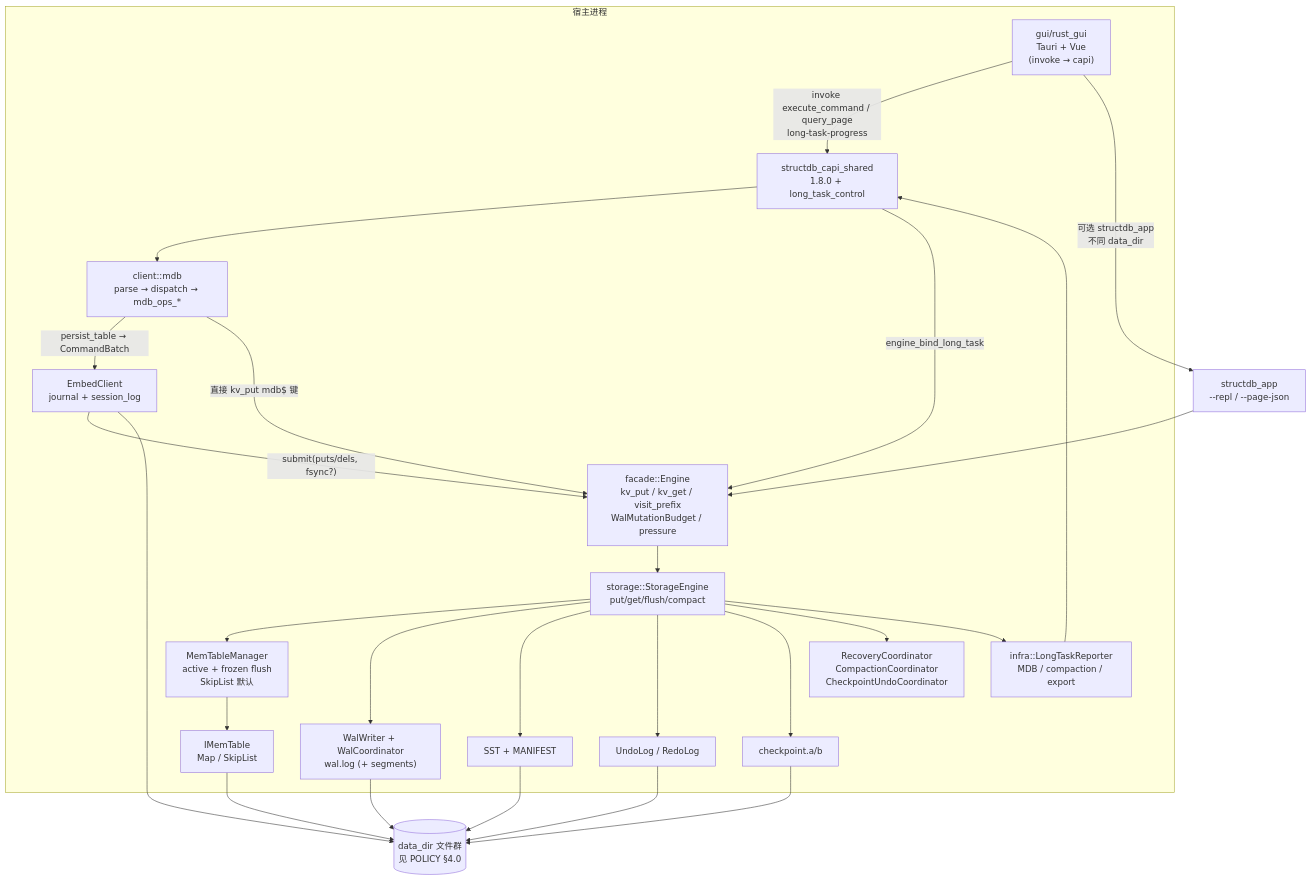
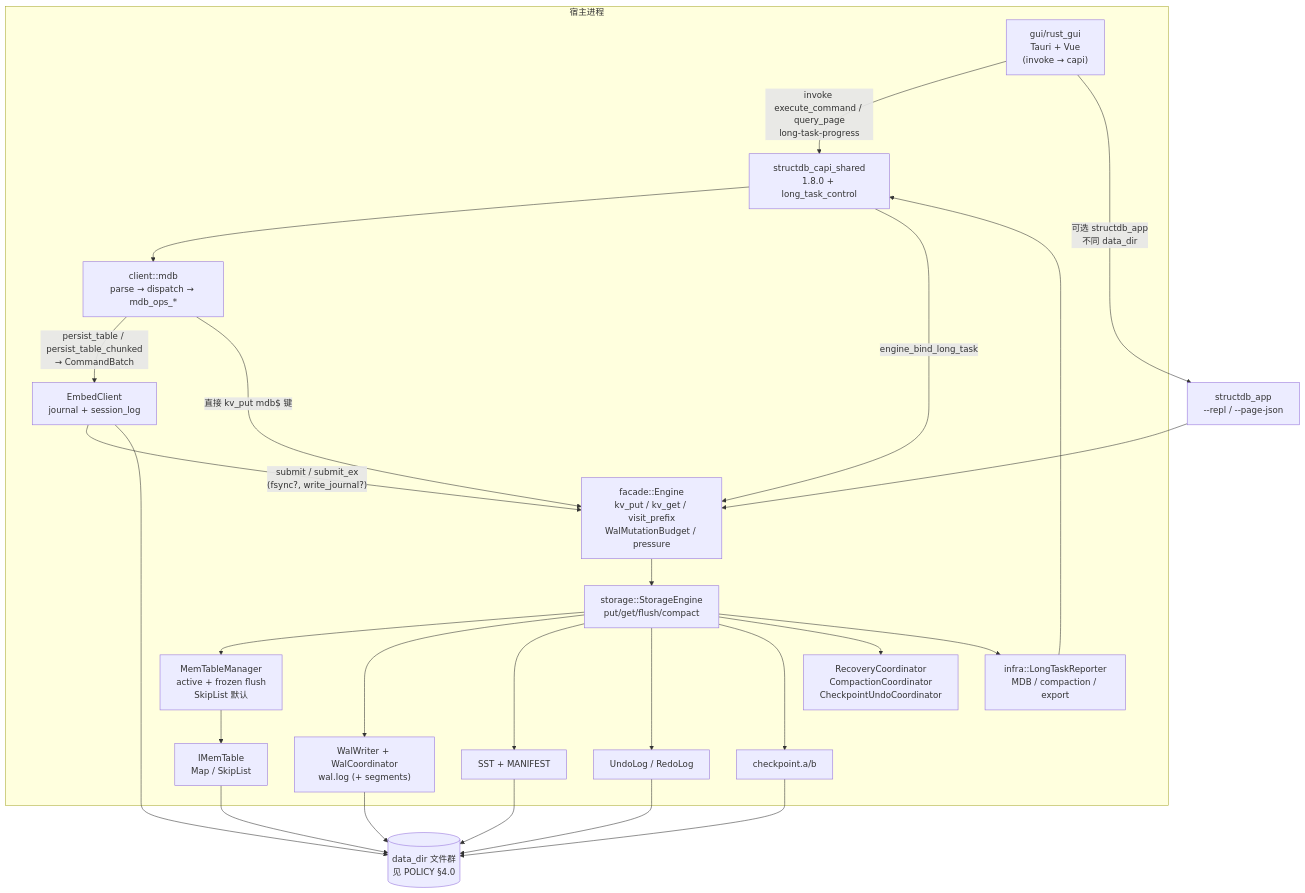
The first of 7 diagrams in Docs/ARCHITECTURE.md (skyline019/database), drawn with Mermaid before and after one commit. The commit also changed other lines of this file and 167 other files, not shown here.

````diff
--- a/Docs/ARCHITECTURE.md
+++ b/Docs/ARCHITECTURE.md
@@ -29,45 +31,45 @@
 ```mermaid
 flowchart TB
   subgraph Host["宿主进程"]
     GUI["gui/rust_gui\nTauri + Vue\n(invoke → capi)"]
     CAPI["structdb_capi_shared\n1.8.0 + long_task_control"]
     MDB["client::mdb\nparse → dispatch → mdb_ops_*"]
     LOG["EmbedClient\njournal + session_log"]
     ENG["facade::Engine\nkv_put / kv_get / visit_prefix\nWalMutationBudget / pressure"]
     SE["storage::StorageEngine\nput/get/flush/compact"]
     MTM["MemTableManager\nactive + frozen flush\nSkipList 默认"]
     WAL["WalWriter + WalCoordinator\nwal.log (+ segments)"]
     MEM["IMemTable\nMap / SkipList"]
     SST["SST + MANIFEST"]
     UNDO["UndoLog / RedoLog"]
     CKPT["checkpoint.a/b"]
     LT["infra::LongTaskReporter\nMDB / compaction / export"]
     COORD["RecoveryCoordinator\nCompactionCoordinator\nCheckpointUndoCoordinator"]
   end
   Disk[("data_dir 文件群\n见 POLICY §4.0")]
 
   GUI -->|"invoke execute_command / query_page\nlong-task-progress"| CAPI
   GUI -->|"可选 structdb_app\n不同 data_dir"| APP["structdb_app\n--repl / --page-json"]
   APP --> ENG
   CAPI --> MDB
   CAPI -->|"engine_bind_long_task"| ENG
-  MDB -->|"persist_table → CommandBatch"| LOG
-  LOG -->|"submit(puts/dels, fsync?)"| ENG
+  MDB -->|"persist_table / persist_table_chunked\n→ CommandBatch"| LOG
+  LOG -->|"submit / submit_ex\n(fsync?, write_journal?)"| ENG
   MDB -->|"直接 kv_put mdb$ 键"| ENG
   ENG --> SE
   SE --> MTM
   MTM --> MEM
   SE --> WAL
   SE --> SST
   SE --> UNDO
   SE --> CKPT
   SE --> COORD
   SE --> LT
   LT --> CAPI
   WAL --> Disk
   MEM --> Disk
   SST --> Disk
   UNDO --> Disk
   CKPT --> Disk
   LOG --> Disk
 ```
````
